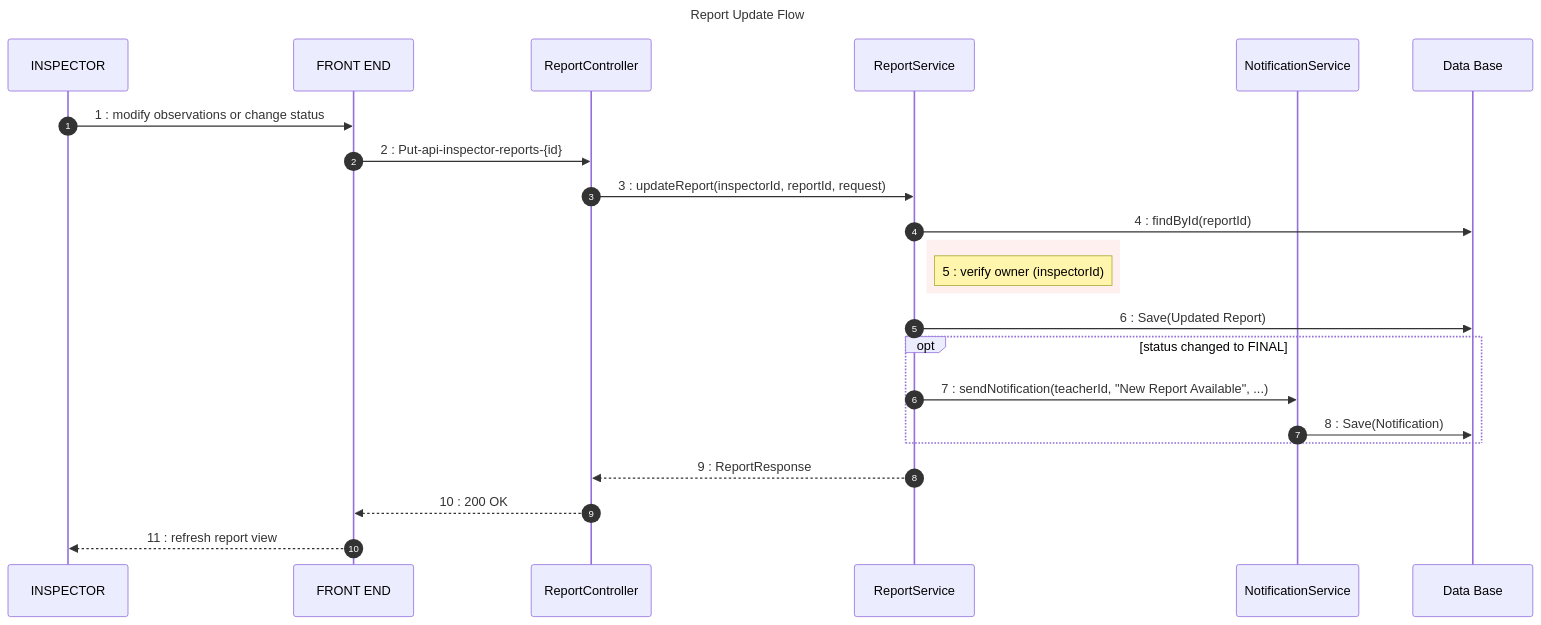
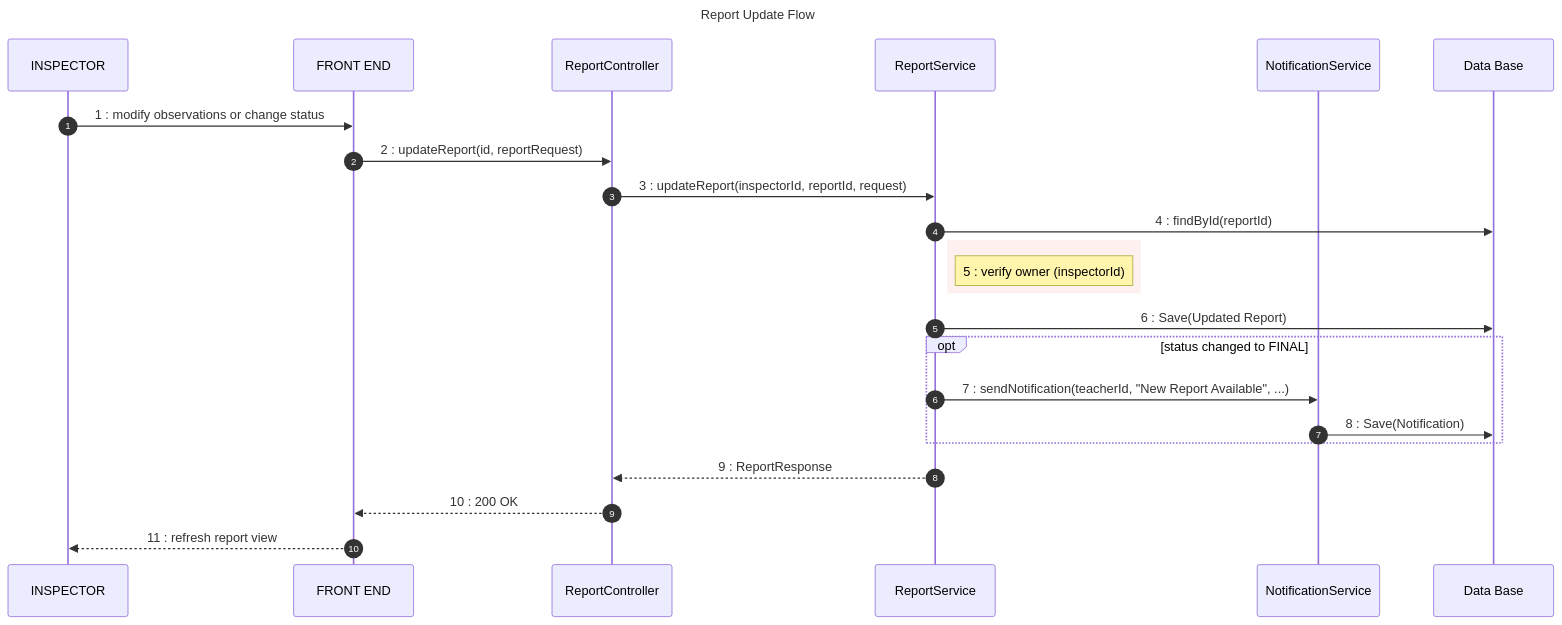
One commit to chbichibsofiene/inspector changed the second of 5 diagrams in uml_diagrams/report_management_sequence.md. Above: the diagram before and after it, drawn with Mermaid. The commit also changed other lines of this file and 41 other files, not shown here.

Commit message:
feat: Sprint 4 - Communication & Analytics | updated UML diagrams, class diagrams (StarUML), Messenger service fixes, Docker configs, and documentation

````diff
--- a/uml_diagrams/report_management_sequence.md
+++ b/uml_diagrams/report_management_sequence.md
@@ -39,31 +39,31 @@
 ```mermaid
 sequenceDiagram
     title: Report Update Flow
     autonumber
     participant USER as INSPECTOR
     participant FE as FRONT END
     participant RC as ReportController
     participant RS as ReportService
     participant NS as NotificationService
     participant DB as Data Base
 
     USER->>FE: 1 : modify observations or change status
-    FE->>RC: 2 : Put-api-inspector-reports-{id}
+    FE->>RC: 2 : updateReport(id, reportRequest)
     RC->>RS: 3 : updateReport(inspectorId, reportId, request)
     RS->>DB: 4 : findById(reportId)
     
     rect rgb(255, 240, 240)
         Note right of RS: 5 : verify owner (inspectorId)
     end
 
     RS->>DB: 6 : Save(Updated Report)
     
     opt status changed to FINAL
         RS->>NS: 7 : sendNotification(teacherId, "New Report Available", ...)
         NS->>DB: 8 : Save(Notification)
     end
 
     RS-->>RC: 9 : ReportResponse
     RC-->>FE: 10 : 200 OK
     FE-->>USER: 11 : refresh report view
 ```
````
